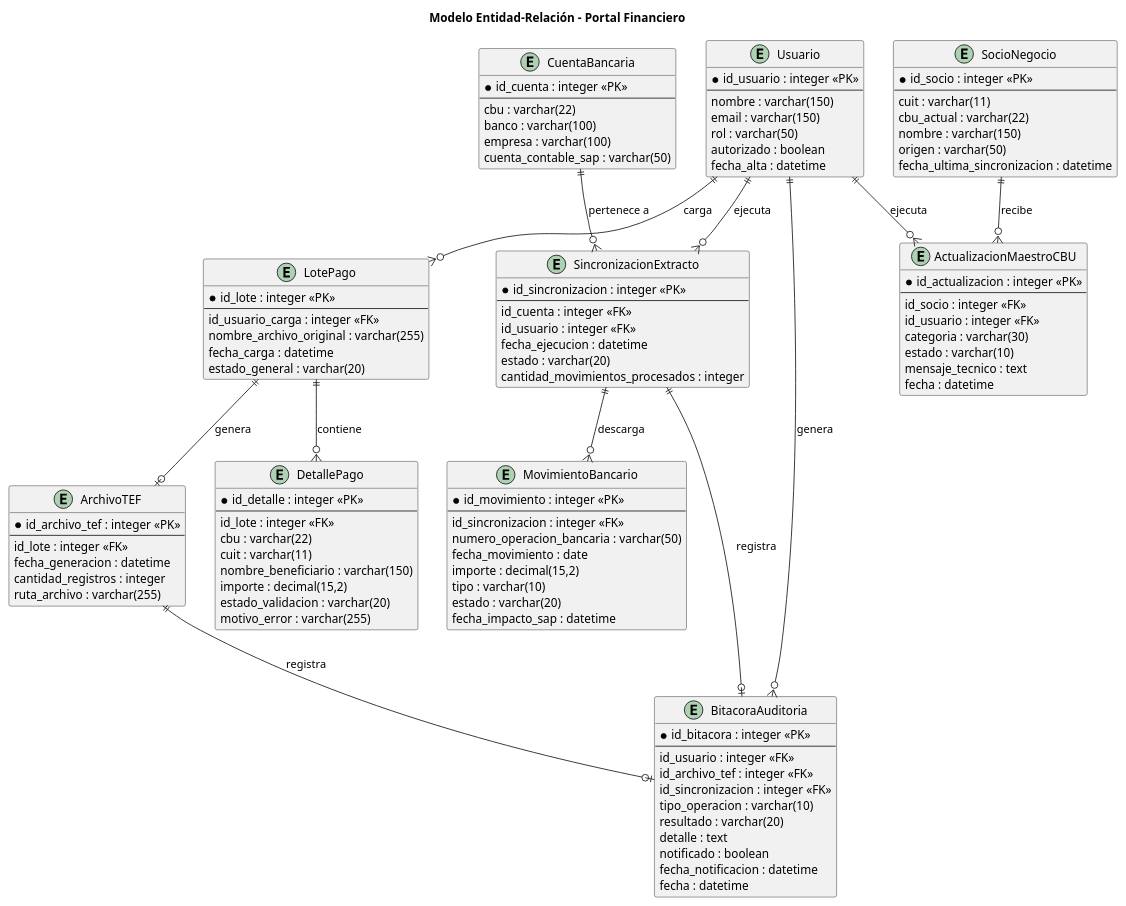
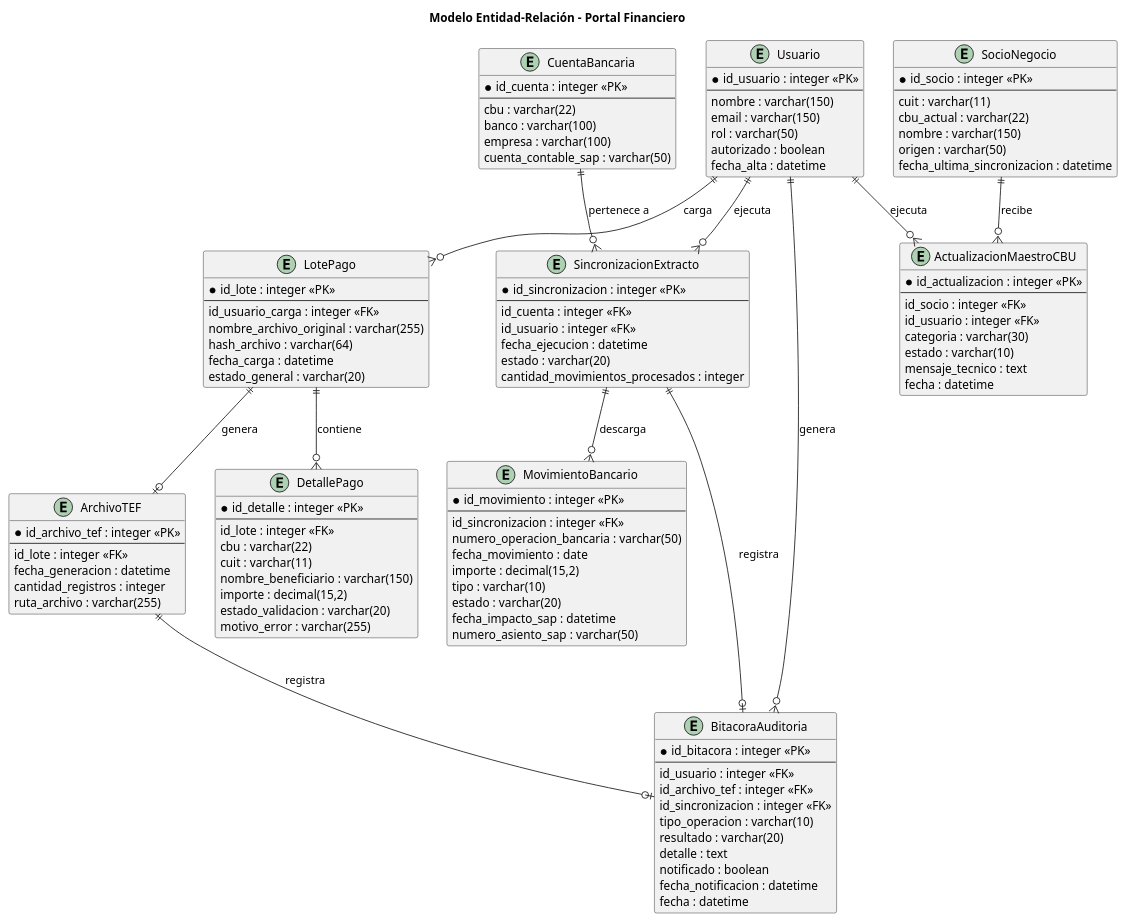
Before and after one commit to LucianoGBenitez/portal-financiero: the diagram in diagramas/er.puml, drawn with PlantUML. The commit also changed 3 other files, not shown here.

Commit message:
docs: completar README, agregar hash_archivo y numero_asiento_sap al ER, alinear mensaje de Historia 4.2 con el login

```diff
--- a/diagramas/er.puml
+++ b/diagramas/er.puml
@@ -1,125 +1,127 @@
 @startuml ER
 title Modelo Entidad-Relación - Portal Financiero
 
 ' --- Entidades ---
 entity Usuario {
   * id_usuario : integer <<PK>>
   --
   nombre : varchar(150)
   email : varchar(150)
   rol : varchar(50)
   autorizado : boolean
   fecha_alta : datetime
 }
 
 entity CuentaBancaria {
   * id_cuenta : integer <<PK>>
   --
   cbu : varchar(22)
   banco : varchar(100)
   empresa : varchar(100)
   cuenta_contable_sap : varchar(50)
 }
 
 entity LotePago {
   * id_lote : integer <<PK>>
   --
   id_usuario_carga : integer <<FK>>
   nombre_archivo_original : varchar(255)
+  hash_archivo : varchar(64)
   fecha_carga : datetime
   estado_general : varchar(20)
 }
 
 entity DetallePago {
   * id_detalle : integer <<PK>>
   --
   id_lote : integer <<FK>>
   cbu : varchar(22)
   cuit : varchar(11)
   nombre_beneficiario : varchar(150)
   importe : decimal(15,2)
   estado_validacion : varchar(20)
   motivo_error : varchar(255)
 }
 
 entity ArchivoTEF {
   * id_archivo_tef : integer <<PK>>
   --
   id_lote : integer <<FK>>
   fecha_generacion : datetime
   cantidad_registros : integer
   ruta_archivo : varchar(255)
 }
 
 entity SincronizacionExtracto {
   * id_sincronizacion : integer <<PK>>
   --
   id_cuenta : integer <<FK>>
   id_usuario : integer <<FK>>
   fecha_ejecucion : datetime
   estado : varchar(20)
   cantidad_movimientos_procesados : integer
 }
 
 entity MovimientoBancario {
   * id_movimiento : integer <<PK>>
   --
   id_sincronizacion : integer <<FK>>
   numero_operacion_bancaria : varchar(50)
   fecha_movimiento : date
   importe : decimal(15,2)
   tipo : varchar(10)
   estado : varchar(20)
   fecha_impacto_sap : datetime
+  numero_asiento_sap : varchar(50)
 }
 
 entity SocioNegocio {
   * id_socio : integer <<PK>>
   --
   cuit : varchar(11)
   cbu_actual : varchar(22)
   nombre : varchar(150)
   origen : varchar(50)
   fecha_ultima_sincronizacion : datetime
 }
 
 entity ActualizacionMaestroCBU {
   * id_actualizacion : integer <<PK>>
   --
   id_socio : integer <<FK>>
   id_usuario : integer <<FK>>
   categoria : varchar(30)
   estado : varchar(10)
   mensaje_tecnico : text
   fecha : datetime
 }
 
 entity BitacoraAuditoria {
   * id_bitacora : integer <<PK>>
   --
   id_usuario : integer <<FK>>
   id_archivo_tef : integer <<FK>>
   id_sincronizacion : integer <<FK>>
   tipo_operacion : varchar(10)
   resultado : varchar(20)
   detalle : text
   notificado : boolean
   fecha_notificacion : datetime
   fecha : datetime
 }
 
 ' --- Relaciones ---
 ' Sintaxis: EntidadA [cardinalidad] -- [cardinalidad] EntidadB : "etiqueta"
 Usuario ||--o{ LotePago : "carga"
 Usuario ||--o{ SincronizacionExtracto : "ejecuta"
 Usuario ||--o{ ActualizacionMaestroCBU : "ejecuta"
 Usuario ||--o{ BitacoraAuditoria : "genera"
 LotePago ||--o{ DetallePago : "contiene"
 LotePago ||--o| ArchivoTEF : "genera"
 CuentaBancaria ||--o{ SincronizacionExtracto : "pertenece a"
 SincronizacionExtracto ||--o{ MovimientoBancario : "descarga"
 SocioNegocio ||--o{ ActualizacionMaestroCBU : "recibe"
 ArchivoTEF ||--o| BitacoraAuditoria : "registra"
 SincronizacionExtracto ||--o| BitacoraAuditoria : "registra"
 
 @enduml
```
